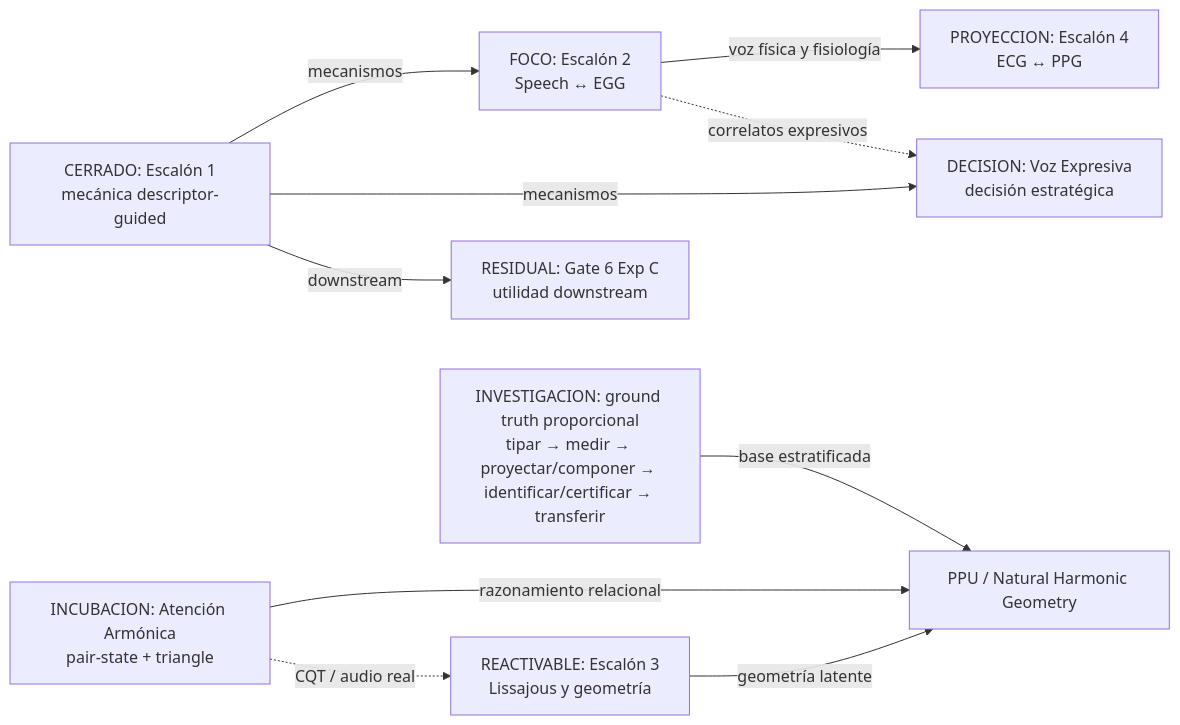
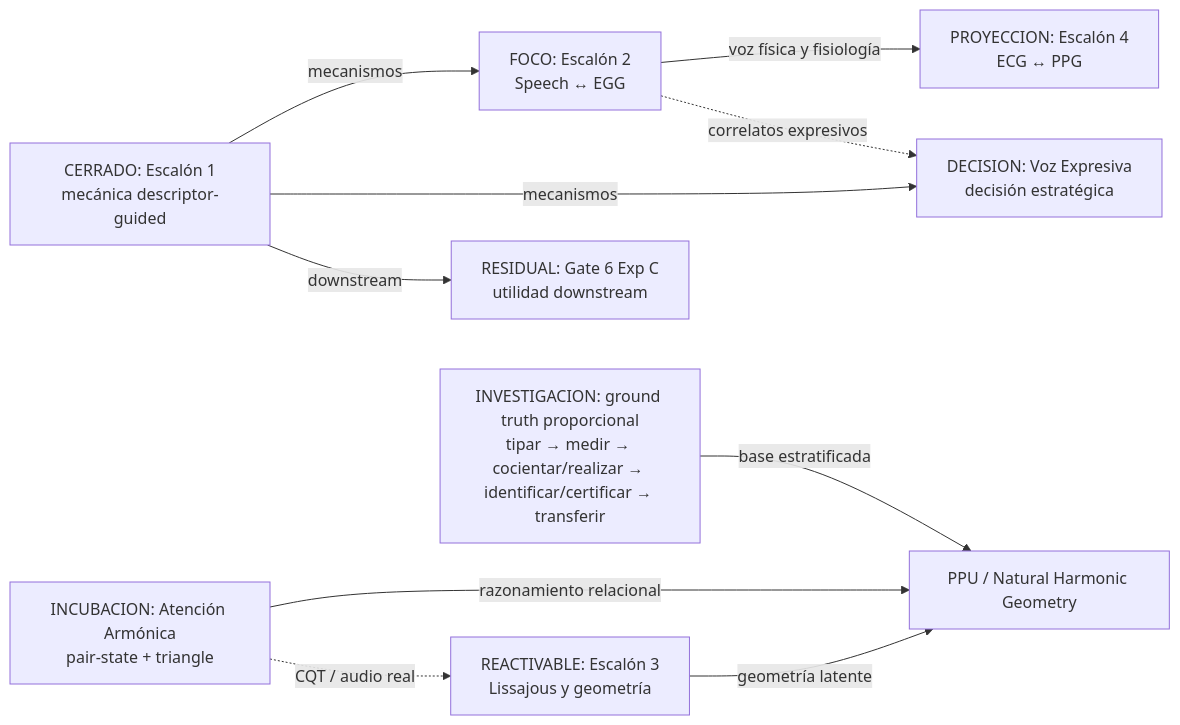
The first of 2 diagrams in Documents/05_WIKI/MAPA_VISUAL_DEL_PROGRAMA.md (Mar-IA-no/Phideus), drawn with Mermaid before and after one commit. The commit also changed other lines of this file and 10 other files, not shown here.

Commit message:
docs: integrate proportional ground-truth wave 16

````diff
--- a/Documents/05_WIKI/MAPA_VISUAL_DEL_PROGRAMA.md
+++ b/Documents/05_WIKI/MAPA_VISUAL_DEL_PROGRAMA.md
@@ -36,22 +36,22 @@
 ```mermaid
 flowchart LR
     E1["CERRADO: Escalón 1<br/>mecánica descriptor-guided"]
     G6["RESIDUAL: Gate 6 Exp C<br/>utilidad downstream"]
     E2["FOCO: Escalón 2<br/>Speech ↔ EGG"]
     VE["DECISION: Voz Expresiva<br/>decisión estratégica"]
     E3["REACTIVABLE: Escalón 3<br/>Lissajous y geometría"]
     AA["INCUBACION: Atención Armónica<br/>pair-state + triangle"]
     E4["PROYECCION: Escalón 4<br/>ECG ↔ PPG"]
     PPU["PPU / Natural Harmonic Geometry"]
-    GT["INVESTIGACION: ground truth proporcional<br/>tipar → medir → proyectar/componer → identificar/certificar → transferir"]
+    GT["INVESTIGACION: ground truth proporcional<br/>tipar → medir → cocientar/realizar → identificar/certificar → transferir"]
 
     E1 -->|mecanismos| E2
     E1 -->|mecanismos| VE
     E1 -->|downstream| G6
     E2 -->|voz física y fisiología| E4
     E2 -.->|correlatos expresivos| VE
     E3 -->|geometría latente| PPU
     AA -->|razonamiento relacional| PPU
     GT -->|base estratificada| PPU
     AA -.->|CQT / audio real| E3
 ```
````
